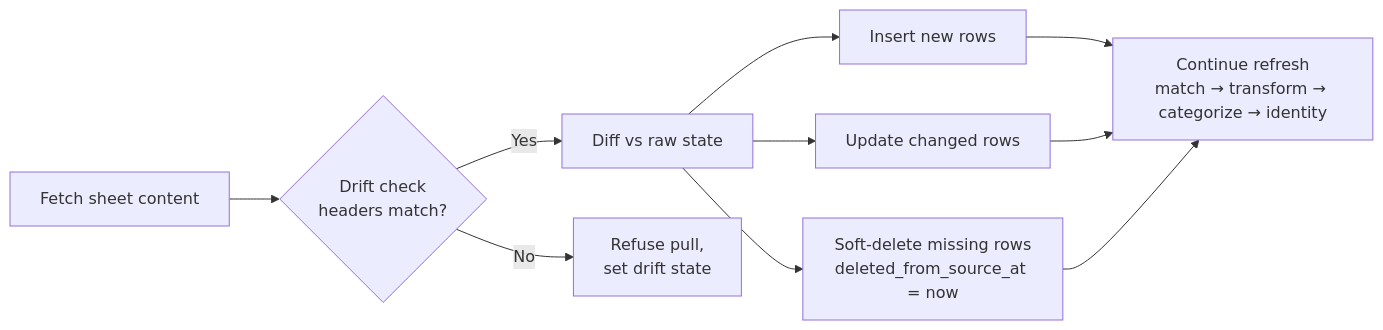
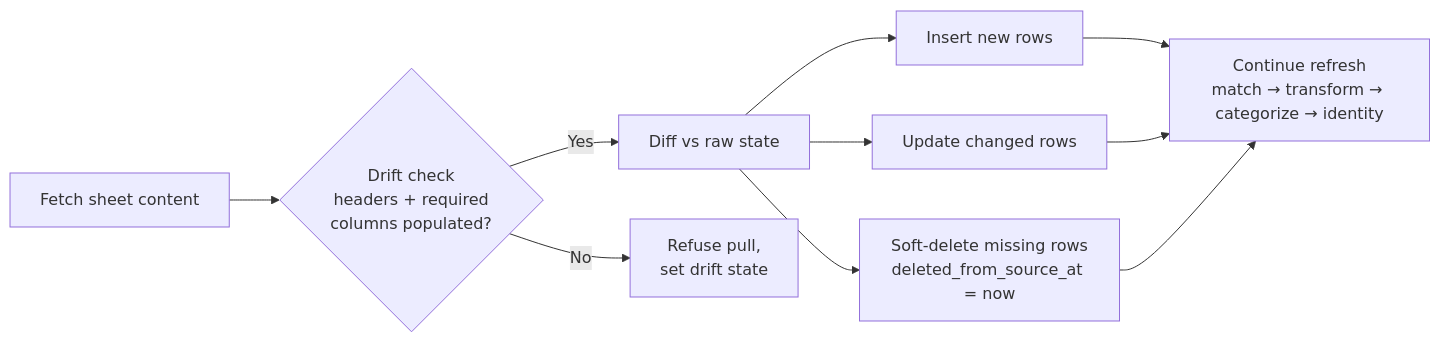
One commit to bsaffel/moneybin changed the diagram in docs/guides/connect-gsheet.md. Above: the diagram before and after it, drawn with Mermaid. The commit also changed other lines of this file and 1 other file, not shown here.

First paragraph of the commit message:
Address PR review comments
Both reviewers independently reported the same two defects:

````diff
--- a/docs/guides/connect-gsheet.md
+++ b/docs/guides/connect-gsheet.md
@@ -116,12 +116,12 @@
 ```mermaid
 flowchart LR
-    A[Fetch sheet content] --> B{Drift check<br/>headers match?}
+    A[Fetch sheet content] --> B{Drift check<br/>headers + required<br/>columns populated?}
     B -->|Yes| C[Diff vs raw state]
     B -->|No| Z[Refuse pull,<br/>set drift state]
     C --> D[Insert new rows]
     C --> E[Update changed rows]
     C --> F[Soft-delete missing rows<br/>deleted_from_source_at = now]
     D --> G[Continue refresh<br/>match → transform → categorize → identity]
     E --> G
     F --> G
 ```
````
